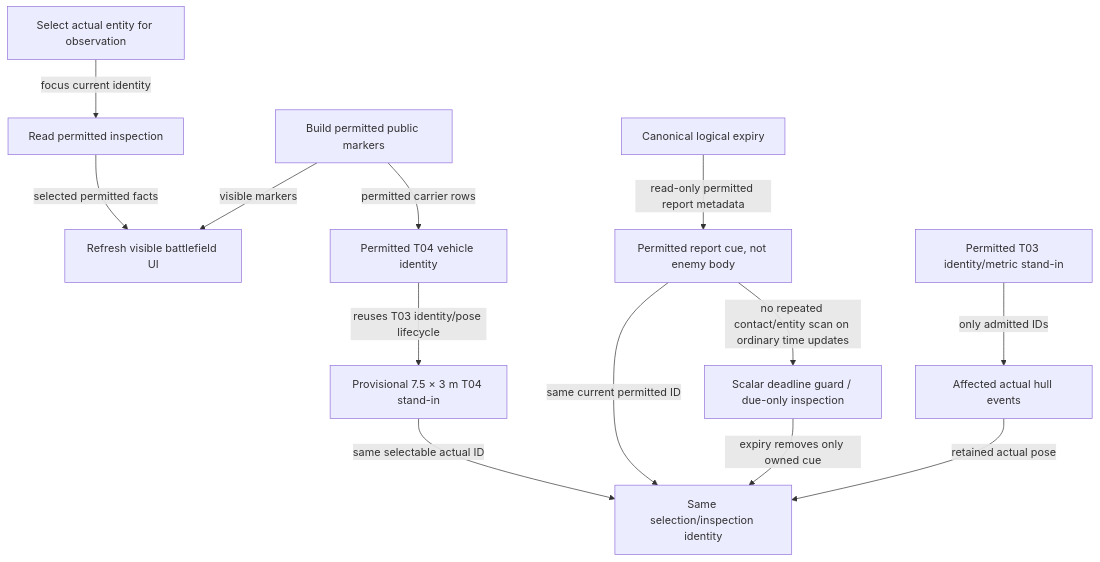
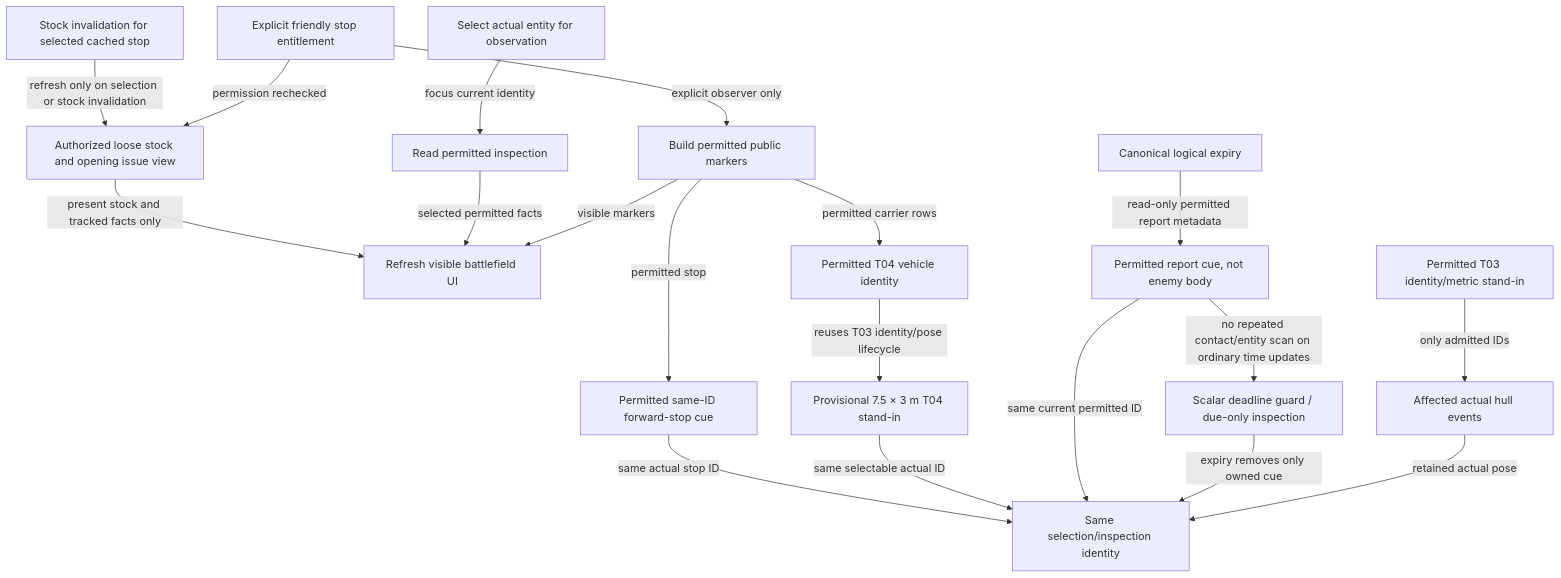
One commit to TheInfinityIQ/Trencho_V4 changed diagram 42 of 51 in docs/system_atlas.md. Above: the diagram before and after it, drawn with Mermaid. The commit also changed other lines of this file and 7 other files, not shown here.

Commit message:
Record forward stop observation evidence and maps

````diff
--- a/docs/system_atlas.md
+++ b/docs/system_atlas.md
@@ -1346,27 +1346,37 @@
 ```mermaid
 flowchart TD
     n0["Build permitted public markers"]
     n1["Read permitted inspection"]
     n2["Refresh visible battlefield UI"]
     n3["Select actual entity for observation"]
     t03_admit["Permitted T03 identity/metric stand-in"]
     t03_motion["Affected actual hull events"]
     report_admit["Permitted report cue, not enemy body"]
     report_deadline["Canonical logical expiry"]
     report_due["Scalar deadline guard / due-only inspection"]
     field_anchor["Same selection/inspection identity"]
     t04_admit["Permitted T04 vehicle identity"]
     t04_shape["Provisional 7.5 × 3 m T04 stand-in"]
+    stop_auth["Explicit friendly stop entitlement"]
+    stop_cue["Permitted same-ID forward-stop cue"]
+    stop_read["Authorized loose stock and opening issue view"]
+    stop_cache["Stock invalidation for selected cached stop"]
     n0 -->|"visible markers"| n2
     n1 -->|"selected permitted facts"| n2
     n3 -->|"focus current identity"| n1
     t03_admit -->|"only admitted IDs"| t03_motion
     t03_motion -->|"retained actual pose"| field_anchor
     report_deadline -->|"read-only permitted report metadata"| report_admit
     report_admit -->|"no repeated contact/entity scan on ordinary time updates"| report_due
     report_due -->|"expiry removes only owned cue"| field_anchor
     report_admit -->|"same current permitted ID"| field_anchor
     n0 -->|"permitted carrier rows"| t04_admit
     t04_admit -->|"reuses T03 identity/pose lifecycle"| t04_shape
     t04_shape -->|"same selectable actual ID"| field_anchor
+    stop_auth -->|"explicit observer only"| n0
+    n0 -->|"permitted stop"| stop_cue
+    stop_cue -->|"same actual stop ID"| field_anchor
+    stop_auth -->|"permission rechecked"| stop_read
+    stop_read -->|"present stock and tracked facts only"| n2
+    stop_cache -->|"refresh only on selection or stock invalidation"| stop_read
 ```
````
